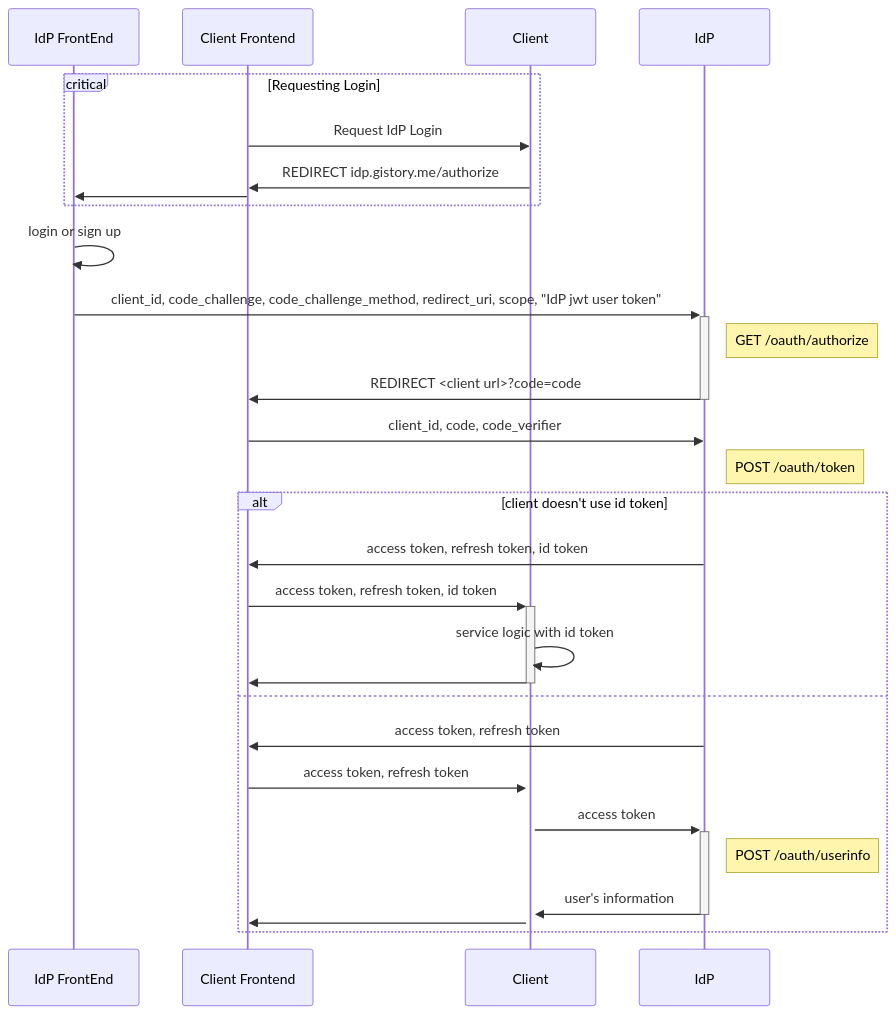
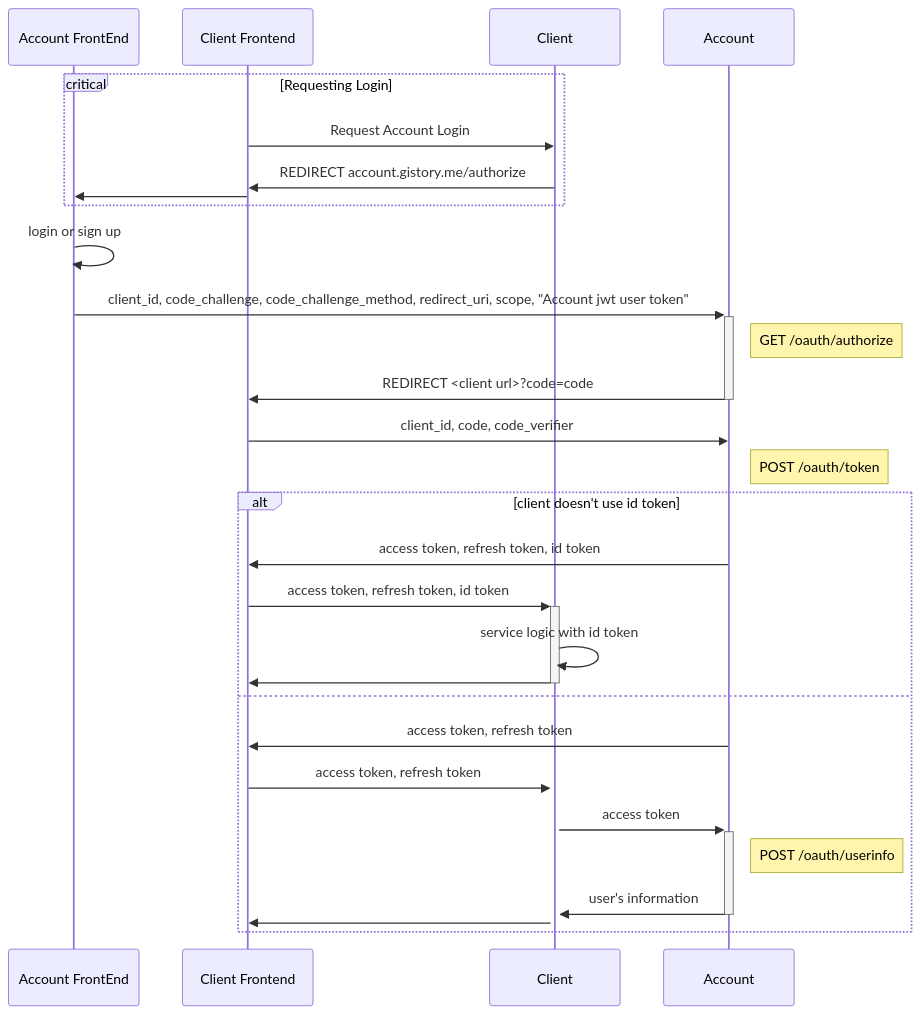
The first of 3 diagrams in README.md (gsainfoteam/idp-be), drawn with Mermaid before and after one commit. The commit also changed other lines of this file and 13 other files, not shown here.

````diff
--- a/README.md
+++ b/README.md
@@ -35,37 +35,37 @@
 ```mermaid
 sequenceDiagram
-participant IdPFe as IdP FrontEnd
+participant AccountFe as Account FrontEnd
 participant ClientFe as Client Frontend
 participant Client
-participant IdP
+participant Account
 
 critical Requesting Login
-  ClientFe ->> Client: Request IdP Login
-  Client ->> ClientFe: REDIRECT idp.gistory.me/authorize
-  ClientFe ->> IdPFe: 
+  ClientFe ->> Client: Request Account Login
+  Client ->> ClientFe: REDIRECT account.gistory.me/authorize
+  ClientFe ->> AccountFe:
 end
 
-IdPFe ->> IdPFe: login or sign up
+AccountFe ->> AccountFe: login or sign up
 
-IdPFe ->>+ IdP: client_id, code_challenge, code_challenge_method, redirect_uri, scope, "IdP jwt user token"
-note right of IdP: GET /oauth/authorize
-IdP ->>- ClientFe: REDIRECT <client url>?code=code
+AccountFe ->>+ Account: client_id, code_challenge, code_challenge_method, redirect_uri, scope, "Account jwt user token"
+note right of Account: GET /oauth/authorize
+Account ->>- ClientFe: REDIRECT <client url>?code=code
 
-ClientFe ->> IdP: client_id, code, code_verifier
-note right of IdP: POST /oauth/token
+ClientFe ->> Account: client_id, code, code_verifier
+note right of Account: POST /oauth/token
 
 alt client doesn't use id token
-  IdP ->> ClientFe: access token, refresh token, id token
+  Account ->> ClientFe: access token, refresh token, id token
   ClientFe ->>+ Client: access token, refresh token, id token
   Client ->> Client: service logic with id token
-  Client ->>- ClientFe: 
-else  
-  IdP ->> ClientFe: access token, refresh token
+  Client ->>- ClientFe:
+else
+  Account ->> ClientFe: access token, refresh token
   ClientFe ->>+ Client: access token, refresh token
-  Client ->>+ IdP: access token
-  note right of IdP: POST /oauth/userinfo
-  IdP ->>- Client: user's information
-  Client ->> ClientFe: 
+  Client ->>+ Account: access token
+  note right of Account: POST /oauth/userinfo
+  Account ->>- Client: user's information
+  Client ->> ClientFe:
 end
 
 ```
````
